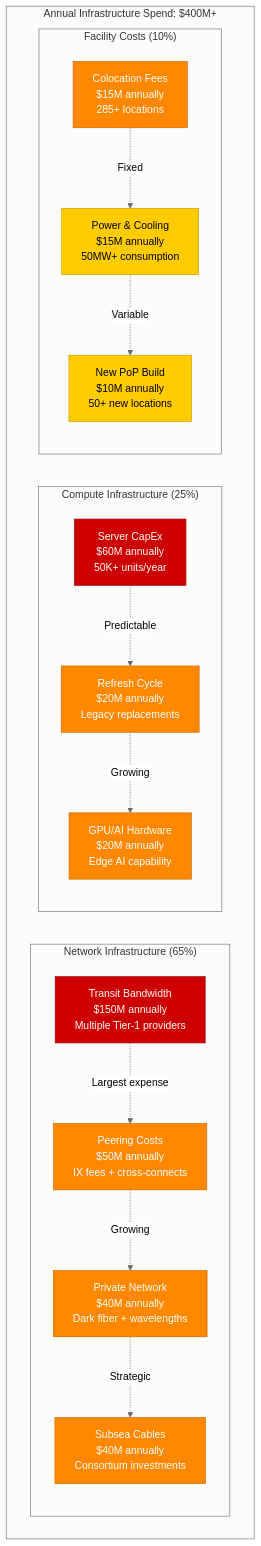
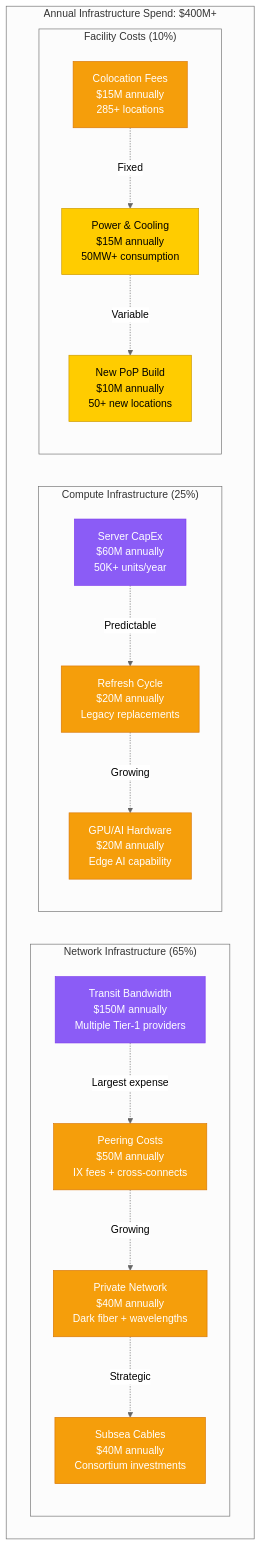
One commit to deepaucksharma/DS changed the second of 8 diagrams in site/docs/systems/cloudflare/cost-breakdown.md. Above: the diagram before and after it, drawn with Mermaid (neutral theme). The commit also changed other lines of this file and 303 other files, not shown here.

````diff
--- a/site/docs/systems/cloudflare/cost-breakdown.md
+++ b/site/docs/systems/cloudflare/cost-breakdown.md
@@ -89,43 +89,43 @@
 ```mermaid
 graph TB
     subgraph "Annual Infrastructure Spend: $400M+"
         subgraph "Network Infrastructure (65%)"
             TRANSIT[Transit Bandwidth<br/>$150M annually<br/>Multiple Tier-1 providers]
             PEERING[Peering Costs<br/>$50M annually<br/>IX fees + cross-connects]
             PRIVATE[Private Network<br/>$40M annually<br/>Dark fiber + wavelengths]
             SUBSEA[Subsea Cables<br/>$40M annually<br/>Consortium investments]
         end
 
         subgraph "Compute Infrastructure (25%)"
             SERVER_CAPEX[Server CapEx<br/>$60M annually<br/>50K+ units/year]
             SERVER_REFRESH[Refresh Cycle<br/>$20M annually<br/>Legacy replacements]
             ACCELERATORS[GPU/AI Hardware<br/>$20M annually<br/>Edge AI capability]
         end
 
         subgraph "Facility Costs (10%)"
             COLO_FEES[Colocation Fees<br/>$15M annually<br/>285+ locations]
             POWER_COST[Power & Cooling<br/>$15M annually<br/>50MW+ consumption]
             CONSTRUCTION[New PoP Build<br/>$10M annually<br/>50+ new locations]
         end
     end
 
     %% Cost relationships
     TRANSIT -.->|Largest expense| PEERING
     PEERING -.->|Growing| PRIVATE
     PRIVATE -.->|Strategic| SUBSEA
 
     SERVER_CAPEX -.->|Predictable| SERVER_REFRESH
     SERVER_REFRESH -.->|Growing| ACCELERATORS
 
     COLO_FEES -.->|Fixed| POWER_COST
     POWER_COST -.->|Variable| CONSTRUCTION
 
     %% Apply cost intensity colors
-    classDef highCostStyle fill:#CC0000,stroke:#990000,color:#fff
-    classDef mediumCostStyle fill:#FF8800,stroke:#CC6600,color:#fff
+    classDef highCostStyle fill:#8B5CF6,stroke:#7C3AED,color:#fff
+    classDef mediumCostStyle fill:#F59E0B,stroke:#D97706,color:#fff
     classDef lowCostStyle fill:#FFCC00,stroke:#CC9900,color:#000
 
     class TRANSIT,SERVER_CAPEX highCostStyle
     class PEERING,PRIVATE,SUBSEA,SERVER_REFRESH,ACCELERATORS,COLO_FEES mediumCostStyle
     class POWER_COST,CONSTRUCTION lowCostStyle
 ```
````
